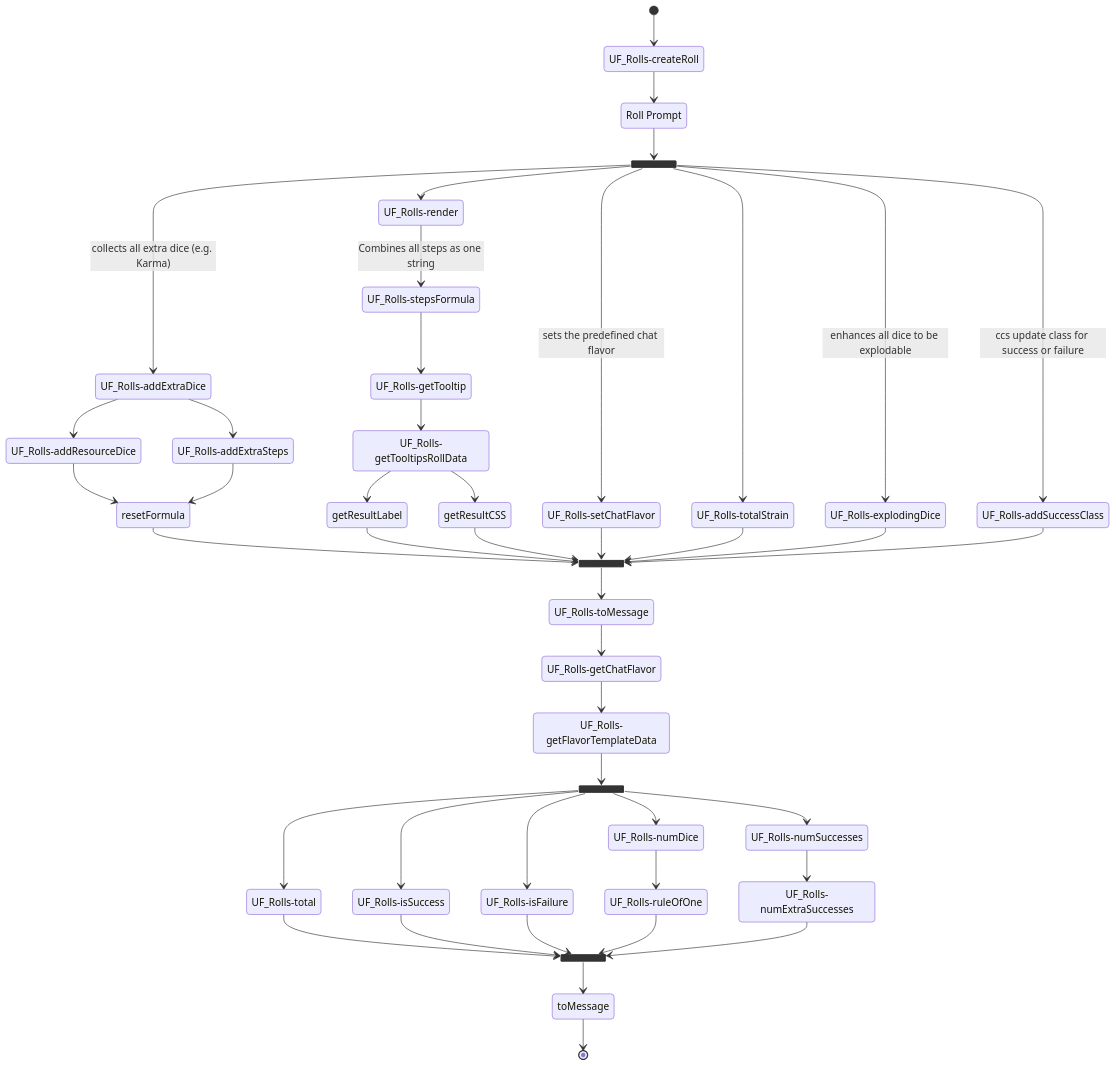
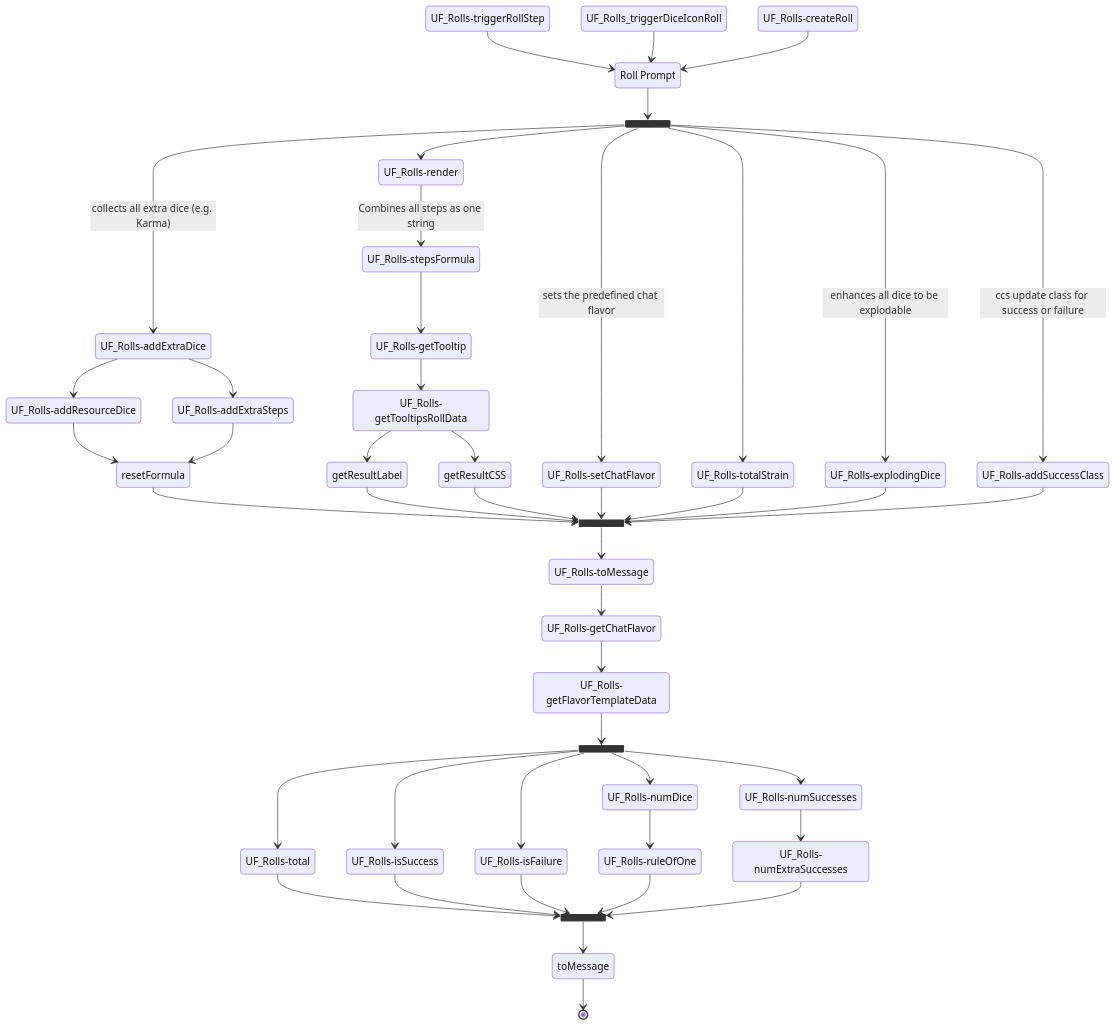
One commit to patrickmohrmann/earthdawn4eV2 changed the diagram in documentation/Use Cases/UC_EdRoll.md. Above: the diagram before and after it, drawn with Mermaid. The commit also changed other lines of this file, not shown here.

```diff
--- a/documentation/Use Cases/UC_EdRoll.md
+++ b/documentation/Use Cases/UC_EdRoll.md
@@ -15,6 +15,8 @@
     ###################### status #######################
 
     triggerAction1: UF_Rolls-createRoll
+    triggerAction2: UF_Rolls-triggerRollStep 
+    triggerAction3: UF_Rolls_triggerDiceIconRoll
 
     userFunction1: UF_Rolls-setChatFlavor
     userFunction2: UF_Rolls-numDice
@@ -60,6 +62,8 @@
     ######################## Colorations ######################
 
     triggerAction1:::fromOutside
+    triggerAction2:::fromOutside
+    triggerAction3:::fromOutside
 
     userFunction1:::userFunction
     userFunction1:::userFunction
@@ -96,7 +100,8 @@
     ##################### StateDiagram ########################
 
 
-[*] --> triggerAction1
+triggerAction2 --> dialog1
+triggerAction3 --> dialog1
 
 triggerAction1 --> dialog1
 dialog1 --> fork_state1
```
